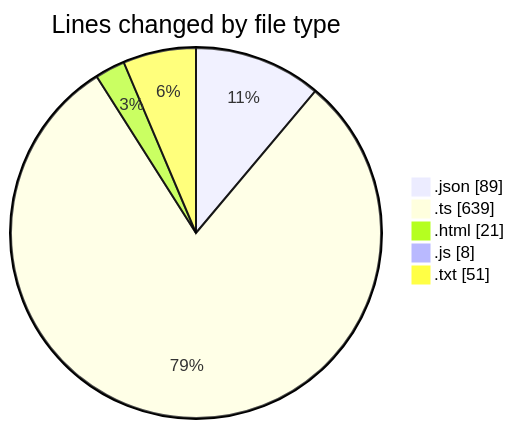
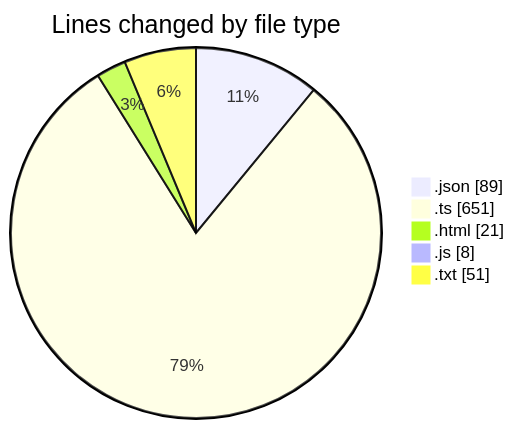
The first of 2 diagrams in 2026-02-02/singularitybrainai/README.md (tmsrecording-cyber/code-tracking), drawn with Mermaid before and after one commit. The commit also changed other lines of this file and 1 other file, not shown here.

````diff
--- a/2026-02-02/singularitybrainai/README.md
+++ b/2026-02-02/singularitybrainai/README.md
@@ -28,9 +28,9 @@
 ```mermaid
 pie showData
 title Lines changed by file type
 ".json" : 89
-".ts" : 639
+".ts" : 651
 ".html" : 21
 ".js" : 8
 ".txt" : 51
 ```
````
